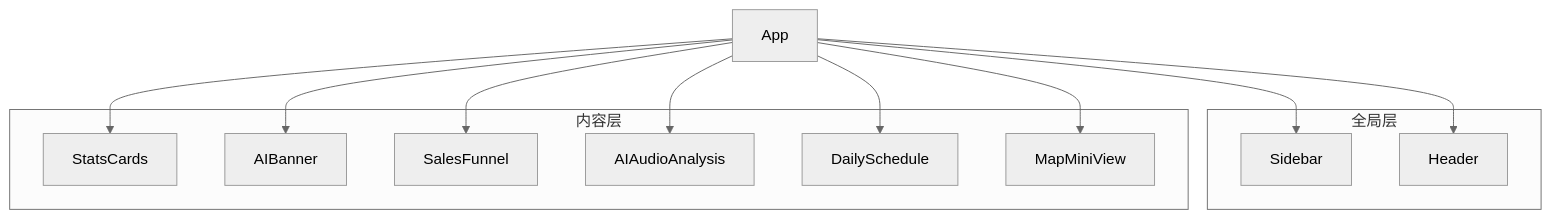
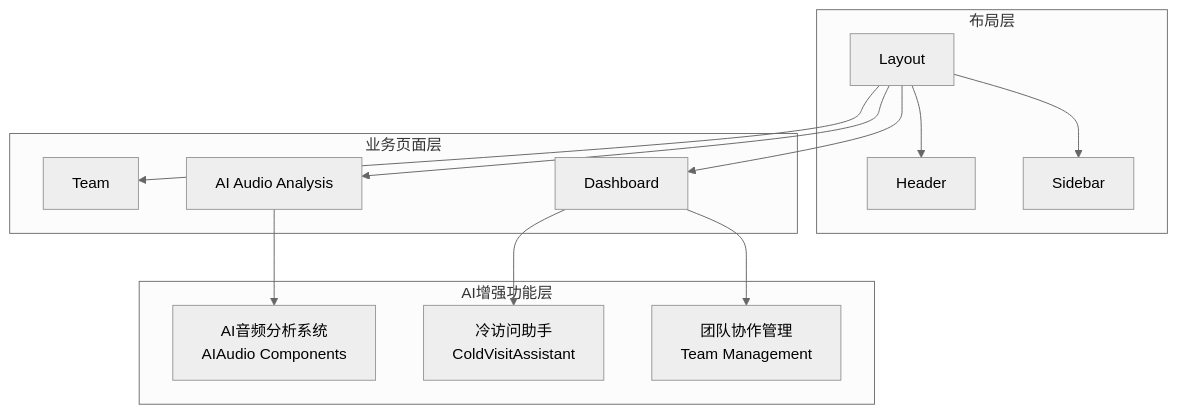
One commit to xianjianshenqu/SalesFlow-CRM changed the second of 6 diagrams in .qoder/repowiki/zh/content/核心组件/核心组件.md. Above: the diagram before and after it, drawn with Mermaid (neutral theme). The commit also changed other lines of this file and 17 other files, not shown here.

````diff
--- a/.qoder/repowiki/zh/content/核心组件/核心组件.md
+++ b/.qoder/repowiki/zh/content/核心组件/核心组件.md
@@ -90,23 +85,26 @@
 ```mermaid
 graph TB
-subgraph "全局层"
+subgraph "AI增强功能层"
+CA["冷访问助手<br/>ColdVisitAssistant"]
+AI["AI音频分析系统<br/>AIAudio Components"]
+TM["团队协作管理<br/>Team Management"]
+end
+subgraph "布局层"
+L["Layout"]
 S["Sidebar"]
 H["Header"]
 end
-subgraph "内容层"
-SC["StatsCards"]
-AB["AIBanner"]
-SF["SalesFunnel"]
-AA["AIAudioAnalysis"]
-DS["DailySchedule"]
-MM["MapMiniView"]
+subgraph "业务页面层"
+D["Dashboard"]
+A["AI Audio Analysis"]
+T["Team"]
 end
-A["App"] --> S
-A --> H
-A --> SC
-A --> AB
-A --> SF
-A --> AA
-A --> DS
-A --> MM
+L --> S
+L --> H
+L --> D
+L --> A
+L --> T
+A --> AI
+D --> TM
+D --> CA
 ```
````
